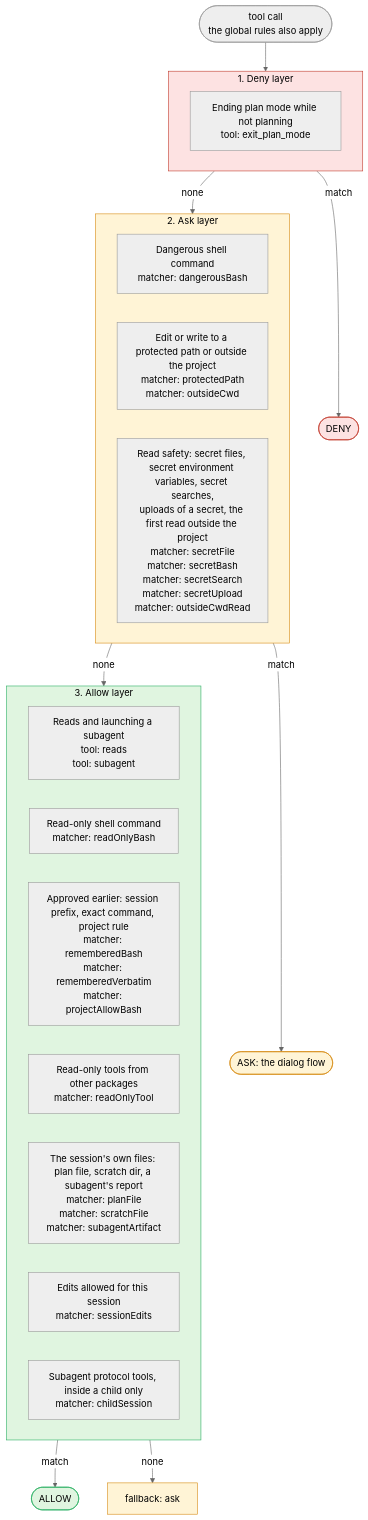
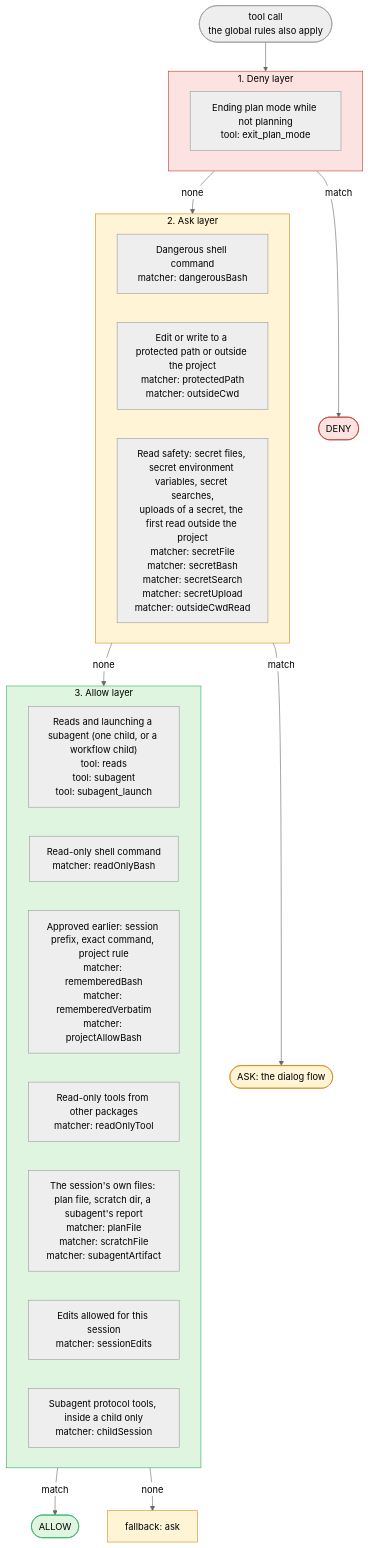
One commit to DanielBlei/pi-packages changed the third of 5 diagrams in pi-keeper/docs/design.md. Above: the diagram before and after it, drawn with Mermaid (neutral theme). The commit also changed other lines of this file and 20 other files, not shown here.

````diff
--- a/pi-keeper/docs/design.md
+++ b/pi-keeper/docs/design.md
@@ -179,35 +179,35 @@
 ```mermaid
 %% chart: default
 flowchart TD
     d_call(["tool call<br/>the global rules also apply"]) --> d_deny
     subgraph d_deny["1. Deny layer"]
         d_deny_exit["Ending plan mode while not planning<br/>tool: exit_plan_mode"]
     end
     d_deny -- match --> d_r_deny(["DENY"])
     d_deny -- none --> d_ask
     subgraph d_ask["2. Ask layer"]
         d_ask_danger["Dangerous shell command<br/>matcher: dangerousBash"]
         d_ask_write["Edit or write to a protected path or outside the project<br/>matcher: protectedPath<br/>matcher: outsideCwd"]
         d_ask_read["Read safety: secret files, secret environment variables, secret searches,<br/>uploads of a secret, the first read outside the project<br/>matcher: secretFile<br/>matcher: secretBash<br/>matcher: secretSearch<br/>matcher: secretUpload<br/>matcher: outsideCwdRead"]
     end
     d_ask -- match --> d_r_ask(["ASK: the dialog flow"])
     d_ask -- none --> d_allow
     subgraph d_allow["3. Allow layer"]
-        d_allow_reads["Reads and launching a subagent<br/>tool: reads<br/>tool: subagent"]
+        d_allow_reads["Reads and launching a subagent (one child, or a workflow child)<br/>tool: reads<br/>tool: subagent<br/>tool: subagent_launch"]
         d_allow_ro["Read-only shell command<br/>matcher: readOnlyBash"]
         d_allow_ok["Approved earlier: session prefix, exact command, project rule<br/>matcher: rememberedBash<br/>matcher: rememberedVerbatim<br/>matcher: projectAllowBash"]
         d_allow_tool["Read-only tools from other packages<br/>matcher: readOnlyTool"]
         d_allow_files["The session's own files: plan file, scratch dir, a subagent's report<br/>matcher: planFile<br/>matcher: scratchFile<br/>matcher: subagentArtifact"]
         d_allow_edits["Edits allowed for this session<br/>matcher: sessionEdits"]
         d_allow_child["Subagent protocol tools, inside a child only<br/>matcher: childSession"]
     end
     d_allow -- match --> d_r_allow(["ALLOW"])
     d_allow -- none --> d_fb["fallback: ask"]
     classDef denyC fill:#fde2e2,stroke:#c0392b,color:#000
     classDef askC fill:#fff4d6,stroke:#d68910,color:#000
     classDef allowC fill:#e0f5e0,stroke:#27ae60,color:#000
     classDef fbC fill:#eeeeee,stroke:#777777,color:#000
     class d_deny,d_r_deny denyC
     class d_ask,d_r_ask,d_fb askC
     class d_allow,d_r_allow allowC
 ```
````
